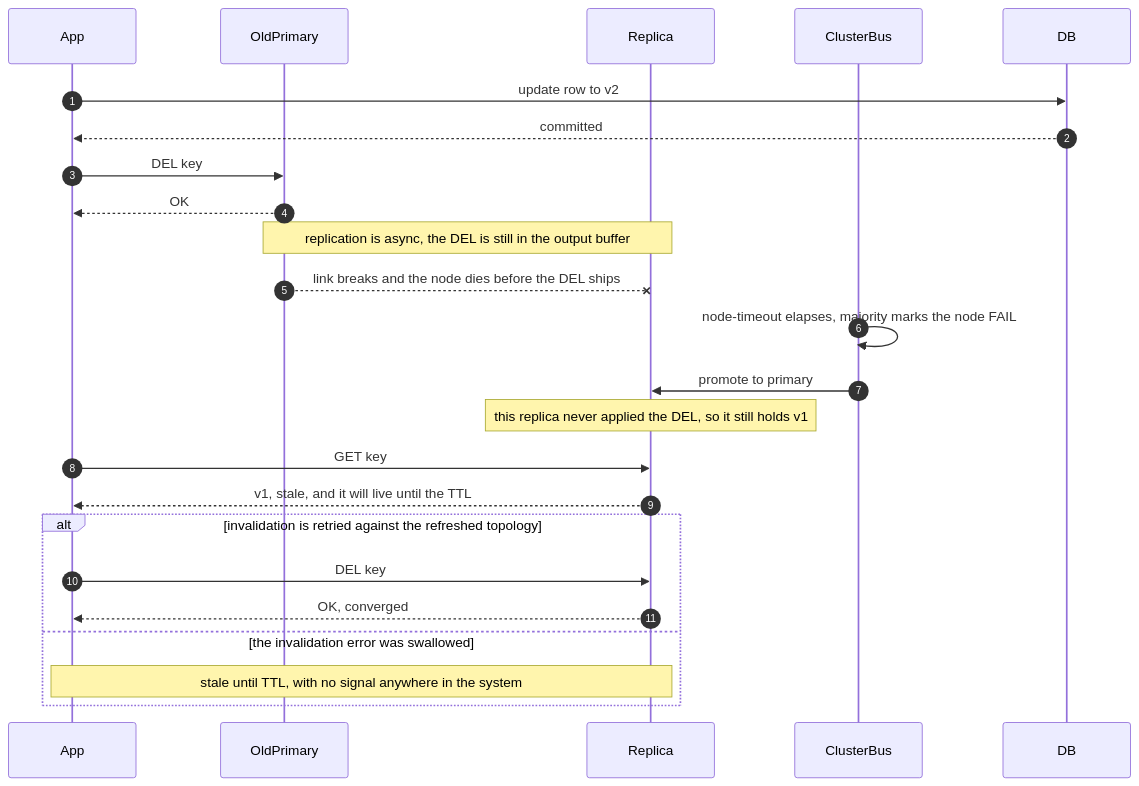
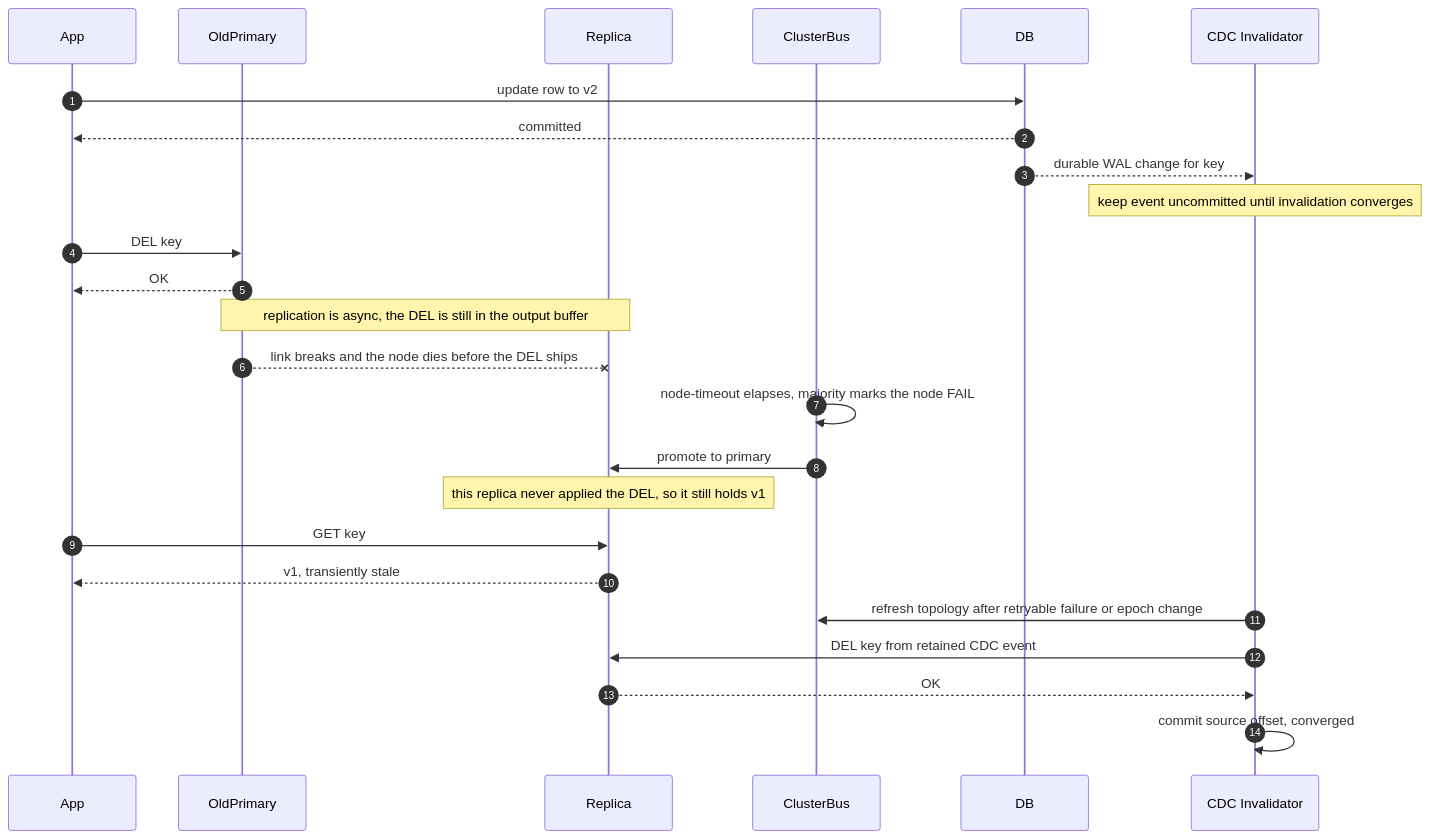
The diagram in 06-case-studies/12-distributed-cache.md (wuwangzhang1216/system-design-handbook), drawn with Mermaid before and after one commit. The commit also changed other lines of this file and 74 other files, not shown here.

````diff
--- a/06-case-studies/12-distributed-cache.md
+++ b/06-case-studies/12-distributed-cache.md
@@ -388,26 +387,27 @@
 ```mermaid
 sequenceDiagram
     autonumber
     participant App
     participant Old as OldPrimary
     participant Rep as Replica
     participant Bus as ClusterBus
     participant DB
+    participant Inv as CDC Invalidator
     App->>DB: update row to v2
     DB-->>App: committed
+    DB-->>Inv: durable WAL change for key
+    Note over Inv: keep event uncommitted until invalidation converges
     App->>Old: DEL key
     Old-->>App: OK
     Note over Old,Rep: replication is async, the DEL is still in the output buffer
     Old--xRep: link breaks and the node dies before the DEL ships
     Bus->>Bus: node-timeout elapses, majority marks the node FAIL
     Bus->>Rep: promote to primary
     Note over Rep: this replica never applied the DEL, so it still holds v1
     App->>Rep: GET key
-    Rep-->>App: v1, stale, and it will live until the TTL
-    alt invalidation is retried against the refreshed topology
-        App->>Rep: DEL key
-        Rep-->>App: OK, converged
-    else the invalidation error was swallowed
-        Note over App,Rep: stale until TTL, with no signal anywhere in the system
-    end
+    Rep-->>App: v1, transiently stale
+    Inv->>Bus: refresh topology after retryable failure or epoch change
+    Inv->>Rep: DEL key from retained CDC event
+    Rep-->>Inv: OK
+    Inv->>Inv: commit source offset, converged
 ```
````
